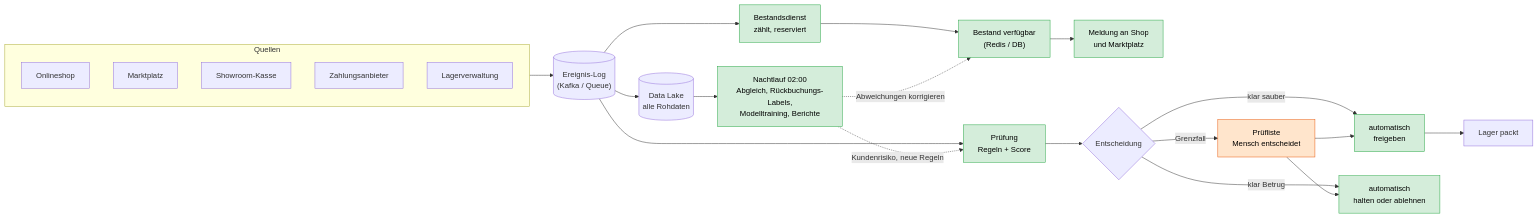
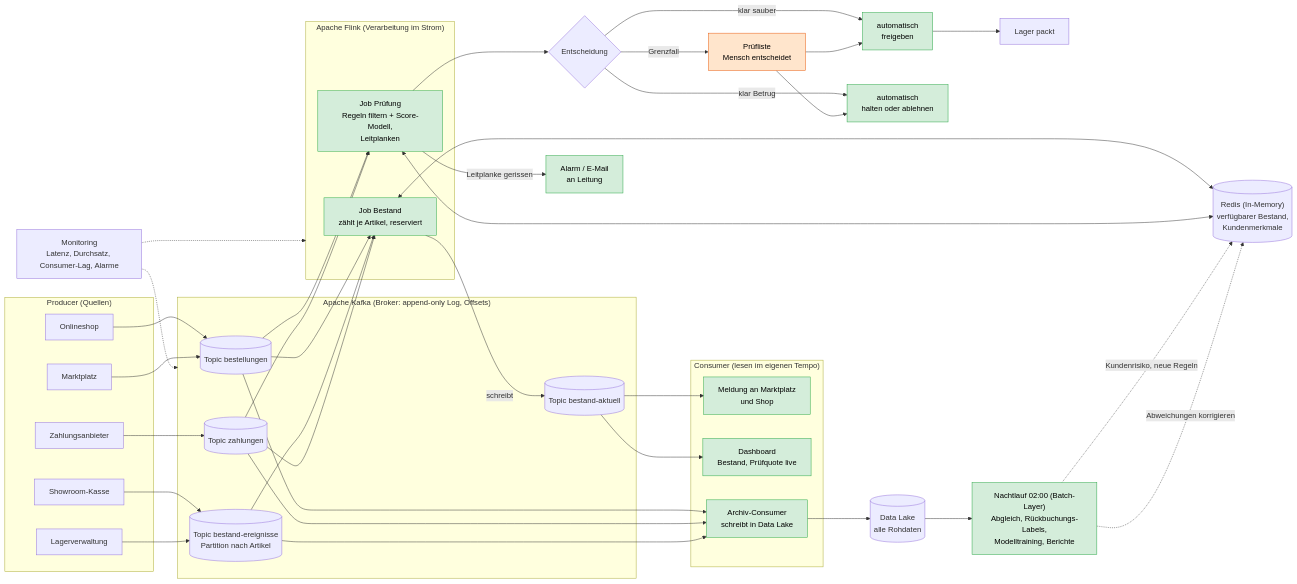
Before and after one commit to M404ttis/Predictive-Analytics-Algorithmen: the diagram in 13_Realtime/13_Loesung_Arbeitsauftrag1_Seilschaft.md, drawn with Mermaid. The commit also changed other lines of this file, not shown here.

Commit message:
changes mermaid flow chart

````diff
--- a/13_Realtime/13_Loesung_Arbeitsauftrag1_Seilschaft.md
+++ b/13_Realtime/13_Loesung_Arbeitsauftrag1_Seilschaft.md
@@ -67,36 +67,73 @@
 ```mermaid
 flowchart LR
-    subgraph Q["Quellen"]
+    subgraph P["Producer (Quellen)"]
         S["Onlineshop"]
         M["Marktplatz"]
         K["Showroom-Kasse"]
         Z["Zahlungsanbieter"]
         L["Lagerverwaltung"]
     end
 
-    Q --> B[("Ereignis-Log<br/>(Kafka / Queue)")]
+    subgraph KF["Apache Kafka (Broker: append-only Log, Offsets)"]
+        T1[("Topic bestellungen")]
+        T2[("Topic zahlungen")]
+        T3[("Topic bestand-ereignisse<br/>Partition nach Artikel")]
+        T4[("Topic bestand-aktuell")]
+    end
 
-    B --> BS["Bestandsdienst<br/>zählt, reserviert"]
-    B --> PR["Prüfung<br/>Regeln + Score"]
-    B --> DL[("Data Lake<br/>alle Rohdaten")]
+    subgraph FL["Apache Flink (Verarbeitung im Strom)"]
+        F1["Job Bestand<br/>zählt je Artikel, reserviert"]
+        F2["Job Prüfung<br/>Regeln filtern + Score-Modell,<br/>Leitplanken"]
+    end
 
-    BS --> BP["Bestand verfügbar<br/>(Redis / DB)"]
-    BP --> PU["Meldung an Shop<br/>und Marktplatz"]
+    S --> T1
+    M --> T1
+    Z --> T2
+    K --> T3
+    L --> T3
 
-    PR --> E{"Entscheidung"}
+    T1 --> F1
+    T3 --> F1
+    T2 --> F1
+    T1 --> F2
+    T2 --> F2
+
+    R[("Redis (In-Memory)<br/>verfügbarer Bestand,<br/>Kundenmerkmale")]
+    F1 <--> R
+    F2 <--> R
+    F1 -->|schreibt| T4
+
+    subgraph CO["Consumer (lesen im eigenen Tempo)"]
+        C1["Meldung an Marktplatz<br/>und Shop"]
+        C2["Dashboard<br/>Bestand, Prüfquote live"]
+        C3["Archiv-Consumer<br/>schreibt in Data Lake"]
+    end
+    T4 --> C1
+    T4 --> C2
+    T1 --> C3
+    T2 --> C3
+    T3 --> C3
+
+    F2 --> E{"Entscheidung"}
     E -->|klar sauber| FR["automatisch<br/>freigeben"]
     E -->|klar Betrug| AB["automatisch<br/>halten oder ablehnen"]
     E -->|Grenzfall| HQ["Prüfliste<br/>Mensch entscheidet"]
     HQ --> FR
     HQ --> AB
     FR --> LG["Lager packt"]
+    F2 -->|Leitplanke gerissen| AL["Alarm / E-Mail<br/>an Leitung"]
 
-    DL --> NL["Nachtlauf 02:00<br/>Abgleich, Rückbuchungs-Labels,<br/>Modelltraining, Berichte"]
-    NL -.->|Kundenrisiko, neue Regeln| PR
-    NL -.->|Abweichungen korrigieren| BP
+    C3 --> DL[("Data Lake<br/>alle Rohdaten")]
+    DL --> NL["Nachtlauf 02:00 (Batch-Layer)<br/>Abgleich, Rückbuchungs-Labels,<br/>Modelltraining, Berichte"]
+    NL -.->|Kundenrisiko, neue Regeln| R
+    NL -.->|Abweichungen korrigieren| R
+
+    MO["Monitoring<br/>Latenz, Durchsatz, Consumer-Lag, Alarme"]
+    MO -.-> KF
+    MO -.-> FL
 
     classDef sys fill:#d4edda,stroke:#28a745,color:#000
     classDef mensch fill:#ffe5cc,stroke:#e8590c,color:#000
-    class BS,PR,FR,AB,PU,NL,BP sys
+    class F1,F2,C1,C2,C3,FR,AB,NL,AL sys
     class HQ mensch
 ```
````
